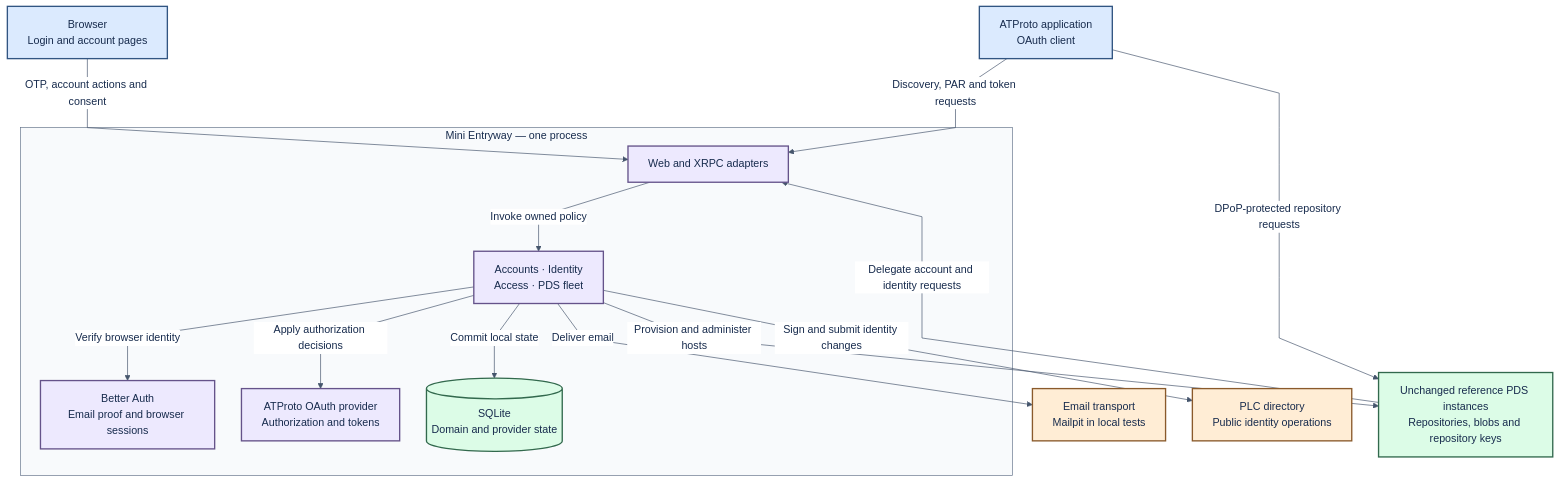
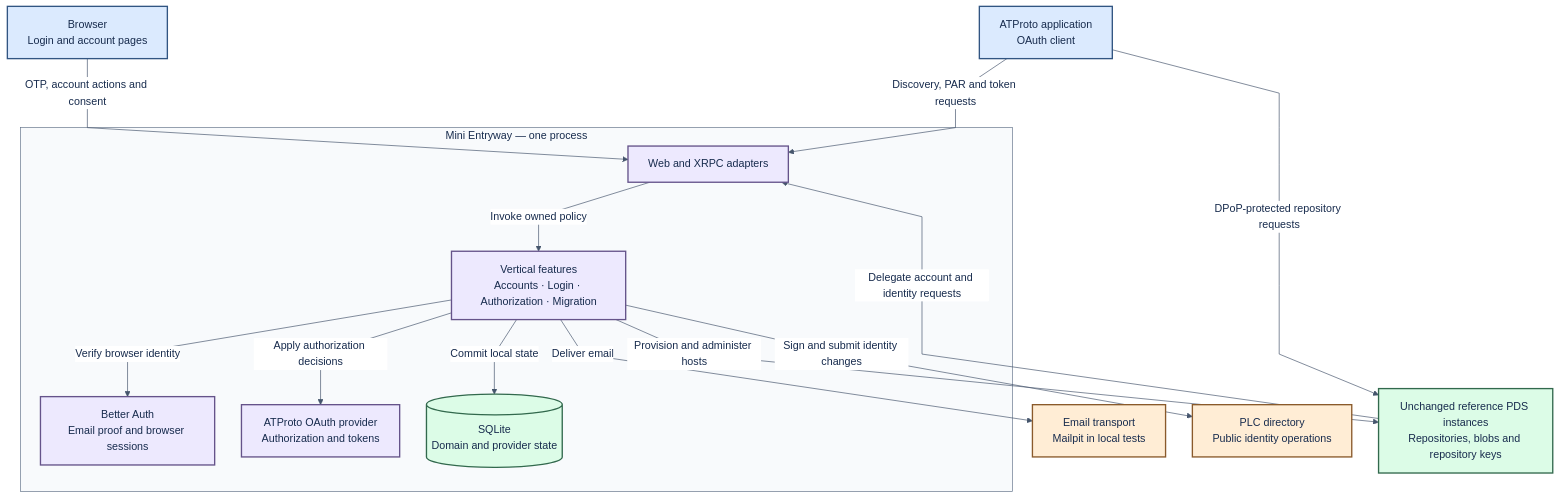
Before and after one commit to hypercerts-org/hypercerts-entryway: the first of 3 diagrams in docs/architecture.md, drawn with Mermaid. The commit also changed other lines of this file and 274 other files, not shown here.

````diff
--- a/docs/architecture.md
+++ b/docs/architecture.md
@@ -33,36 +33,36 @@
 ```mermaid
 %%{init: {"theme":"base","themeVariables":{"background":"#FFFFFF","primaryTextColor":"#172B4D","lineColor":"#45556C","edgeLabelBackground":"#FFFFFF","fontFamily":"Arial"},"flowchart":{"nodeSpacing":40,"rankSpacing":55,"curve":"linear"}}}%%
 flowchart TB
   browser["Browser<br/>Login and account pages"]
   client["ATProto application<br/>OAuth client"]
   subgraph entryway["Mini Entryway — one process"]
     api["Web and XRPC adapters"]
-    domains["Accounts · Identity<br/>Access · PDS fleet"]
+    domains["Vertical features<br/>Accounts · Login · Authorization · Migration"]
     ba["Better Auth<br/>Email proof and browser sessions"]
     oauth["ATProto OAuth provider<br/>Authorization and tokens"]
     store[("SQLite<br/>Domain and provider state")]
   end
   pds["Unchanged reference PDS instances<br/>Repositories, blobs and repository keys"]
   plc["PLC directory<br/>Public identity operations"]
   mail["Email transport<br/>Mailpit in local tests"]
   browser -->|"OTP, account actions and consent"| api
   client -->|"Discovery, PAR and token requests"| api
   api -->|"Invoke owned policy"| domains
   domains -->|"Verify browser identity"| ba
   domains -->|"Apply authorization decisions"| oauth
   domains -->|"Commit local state"| store
   domains -->|"Deliver email"| mail
   domains -->|"Provision and administer hosts"| pds
   pds -->|"Delegate account and identity requests"| api
   domains -->|"Sign and submit identity changes"| plc
   client -->|"DPoP-protected repository requests"| pds
   classDef blue fill:#DBEAFE,stroke:#315582,color:#172B4D,stroke-width:2px;
   classDef violet fill:#EDE9FE,stroke:#65538A,color:#172B4D,stroke-width:2px;
   classDef mint fill:#DCFCE7,stroke:#32694D,color:#172B4D,stroke-width:2px;
   classDef peach fill:#FFEDD5,stroke:#8A5A2B,color:#172B4D,stroke-width:2px;
   class browser,client blue;
   class api,domains,ba,oauth violet;
   class pds,store mint;
   class plc,mail peach;
   style entryway fill:#F8FAFC,stroke:#64748B,color:#172B4D
 ```
````
